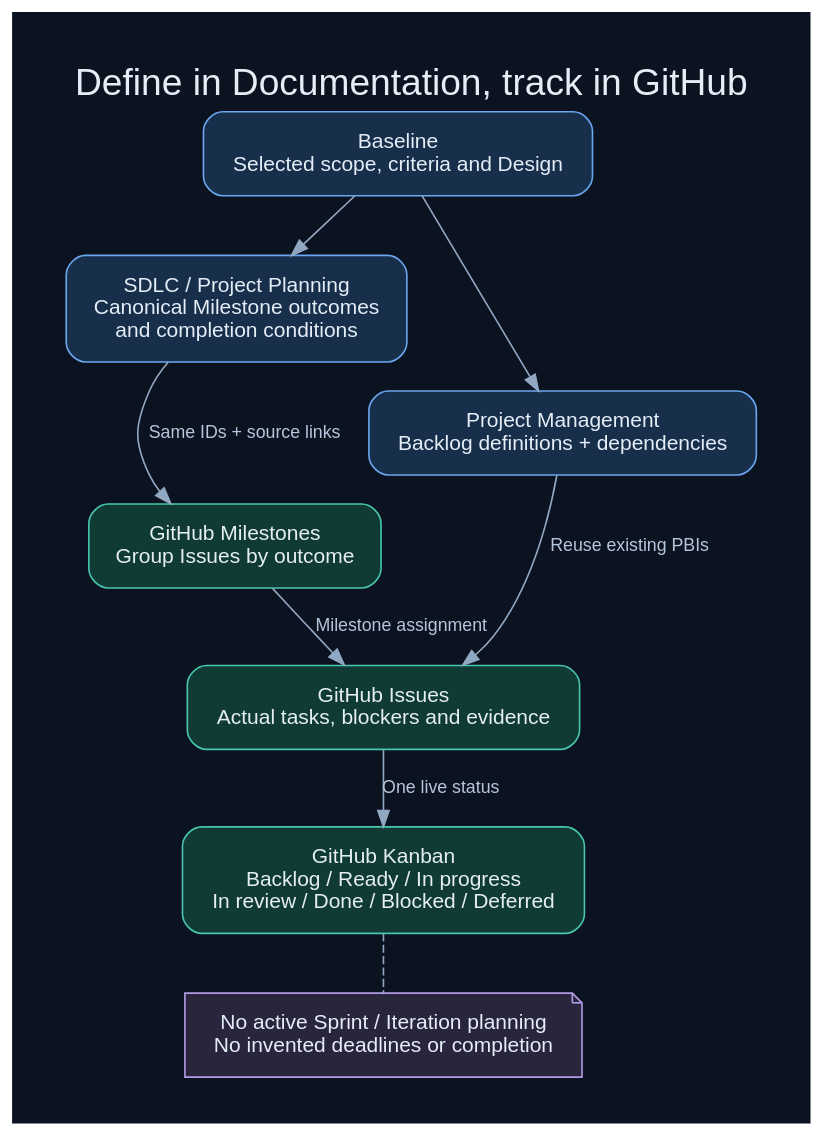
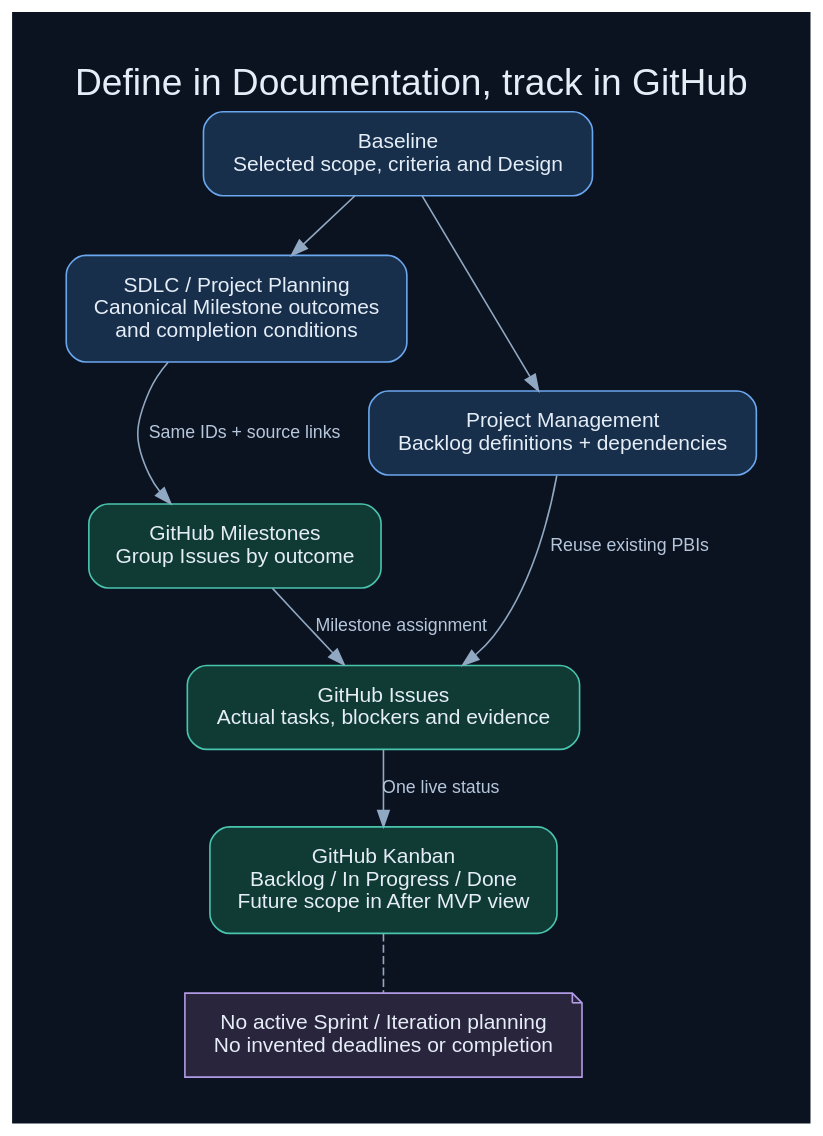
The diagram in docs/MVP/Project-Management/diagrams/documentation-to-github.dot (Farhad-V/Web-Resumefolio), drawn with Graphviz before and after one commit. The commit also changed 4 other files, not shown here.

```diff
--- a/docs/MVP/Project-Management/diagrams/documentation-to-github.dot
+++ b/docs/MVP/Project-Management/diagrams/documentation-to-github.dot
@@ -1,18 +1,18 @@
 digraph Tracking {
 graph [rankdir=TB,bgcolor="#0b1220",fontname="Arial",fontcolor="#e5edf7",label="Define in Documentation, track in GitHub",labelloc=t,fontsize=23,pad="0.4",nodesep="0.5",ranksep="0.5"];
 node [shape=box,style="rounded,filled",fillcolor="#172f4b",color="#6ba7ef",fontname="Arial",fontcolor="#e5edf7",fontsize=13,margin="0.2,0.16"];
 edge [color="#91a8c2",fontcolor="#b6c7dc",fontname="Arial",fontsize=11];
 baseline [label="Baseline\nSelected scope, criteria and Design"];
 milestones [label="SDLC / Project Planning\nCanonical Milestone outcomes\nand completion conditions"];
 backlog [label="Project Management\nBacklog definitions + dependencies"];
 githubm [label="GitHub Milestones\nGroup Issues by outcome",fillcolor="#103b35",color="#49c5ad"];
 issues [label="GitHub Issues\nActual tasks, blockers and evidence",fillcolor="#103b35",color="#49c5ad"];
-board [label="GitHub Kanban\nBacklog / Ready / In progress\nIn review / Done / Blocked / Deferred",fillcolor="#103b35",color="#49c5ad"];
+board [label="GitHub Kanban\nBacklog / In Progress / Done\nFuture scope in After MVP view",fillcolor="#103b35",color="#49c5ad"];
 baseline -> milestones;baseline -> backlog;
 milestones -> githubm [label="Same IDs + source links"];
 backlog -> issues [label="Reuse existing PBIs"];
 githubm -> issues [label="Milestone assignment"];
 issues -> board [label="One live status"];
 note [label="No active Sprint / Iteration planning\nNo invented deadlines or completion",shape=note,fillcolor="#29253d",color="#b29be5"];
 board -> note [style=dashed,arrowhead=none];
 }
```
